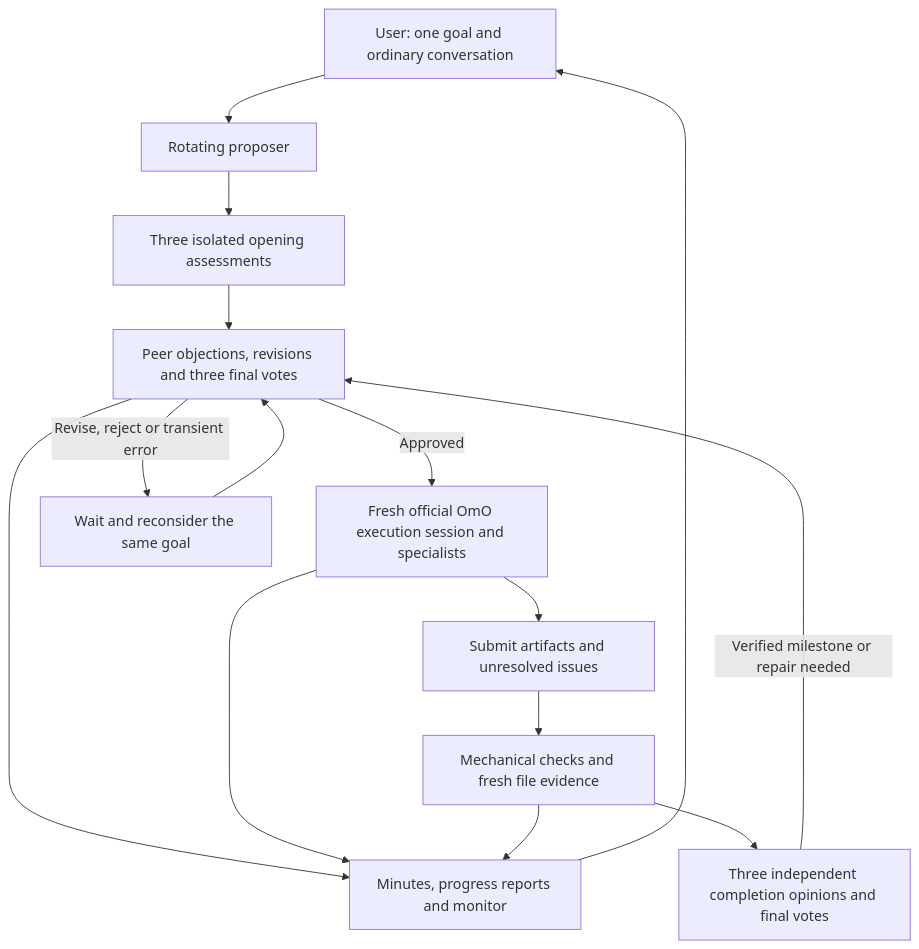
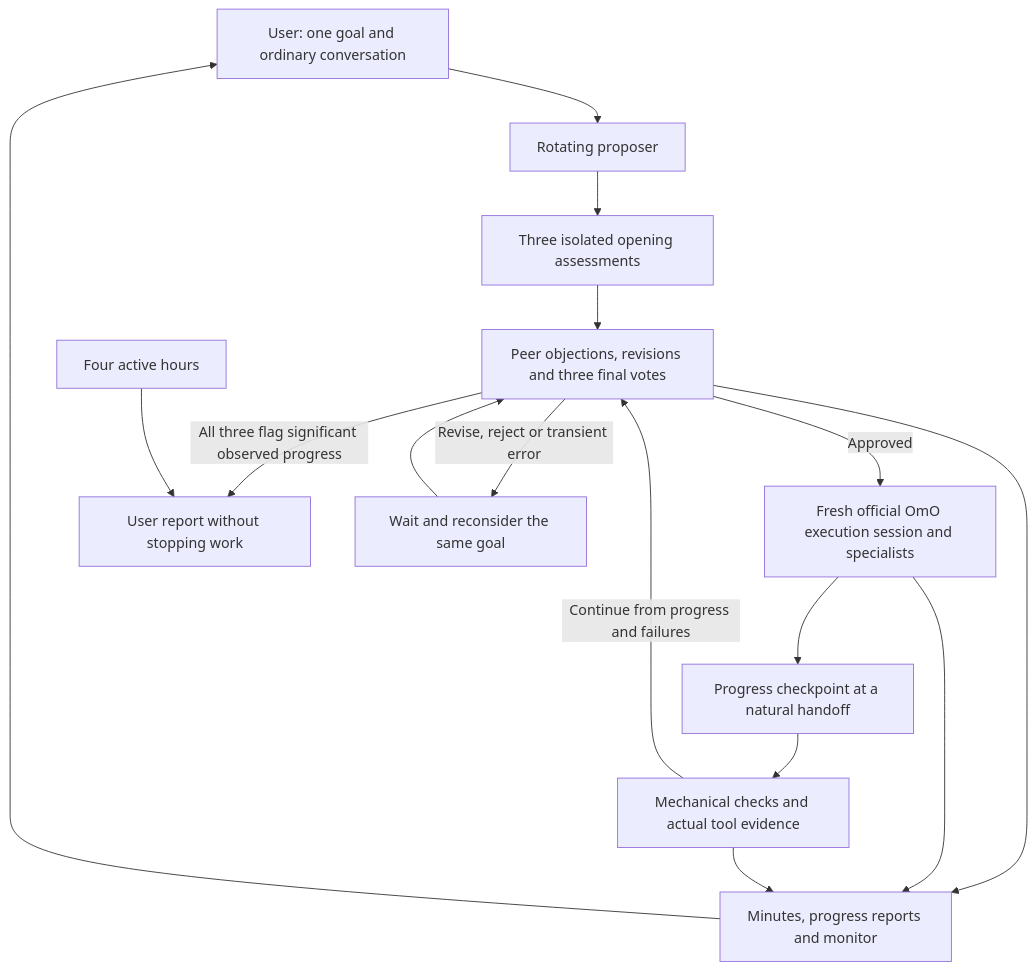
One commit to eljja/Magi changed the diagram in README.md. Above: the diagram before and after it, drawn with Mermaid. The commit also changed other lines of this file and 29 other files, not shown here.

Commit message:
feat(magi): continue from progress and report without completion votes

````diff
--- a/README.md
+++ b/README.md
@@ -93,17 +95,18 @@
 ```mermaid
 flowchart TD
   User[User: one goal and ordinary conversation] --> Proposal[Rotating proposer]
   Proposal --> Opening[Three isolated opening assessments]
   Opening --> Council[Peer objections, revisions and three final votes]
   Council -->|Approved| OmO[Fresh official OmO execution session and specialists]
-  OmO --> Submit[Submit artifacts and unresolved issues]
-  Submit --> Verify[Mechanical checks and fresh file evidence]
-  Verify --> Completion[Three independent completion opinions and final votes]
-  Completion -->|Verified milestone or repair needed| Council
+  OmO --> Progress[Progress checkpoint at a natural handoff]
+  Progress --> Verify[Mechanical checks and actual tool evidence]
+  Verify -->|Continue from progress and failures| Council
+  Council -->|All three flag significant observed progress| Report[User report without stopping work]
+  Timer[Four active hours] --> Report
   Council -->|Revise, reject or transient error| Retry[Wait and reconsider the same goal]
   Retry --> Council
   Council --> Records[Minutes, progress reports and monitor]
   OmO --> Records
   Verify --> Records
   Records --> User
 ```
````
